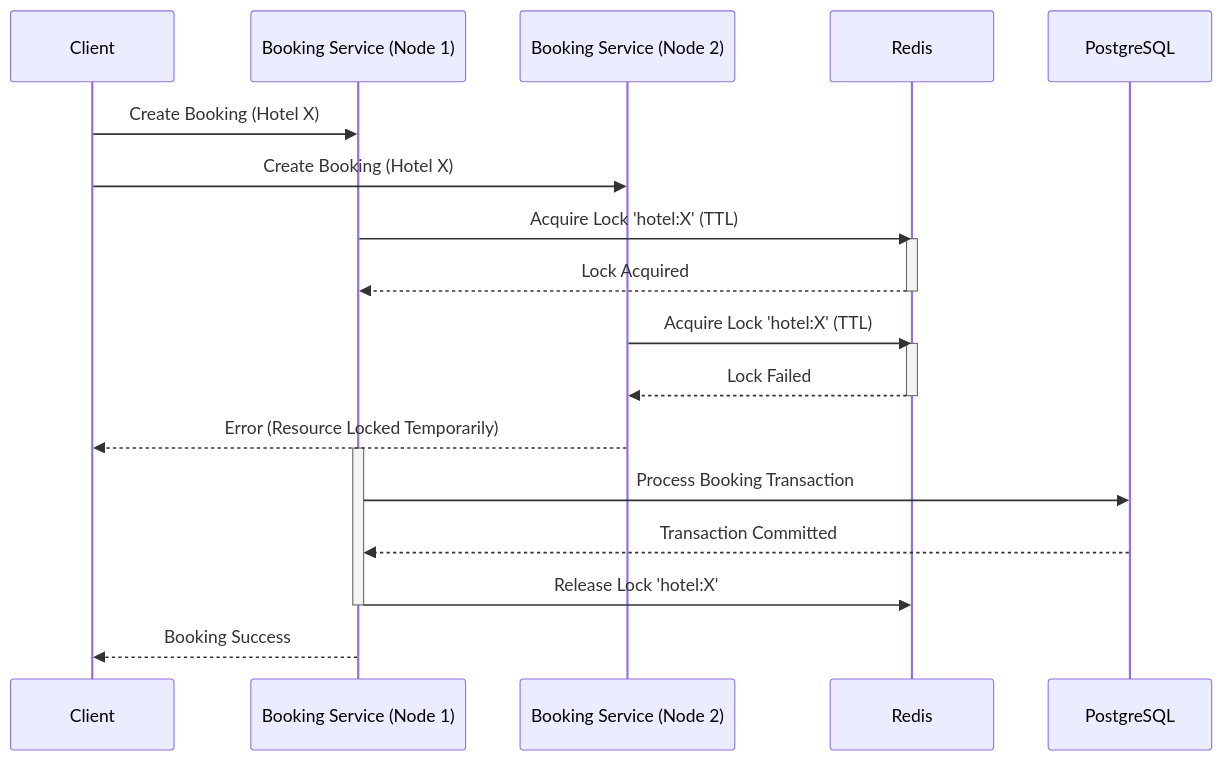
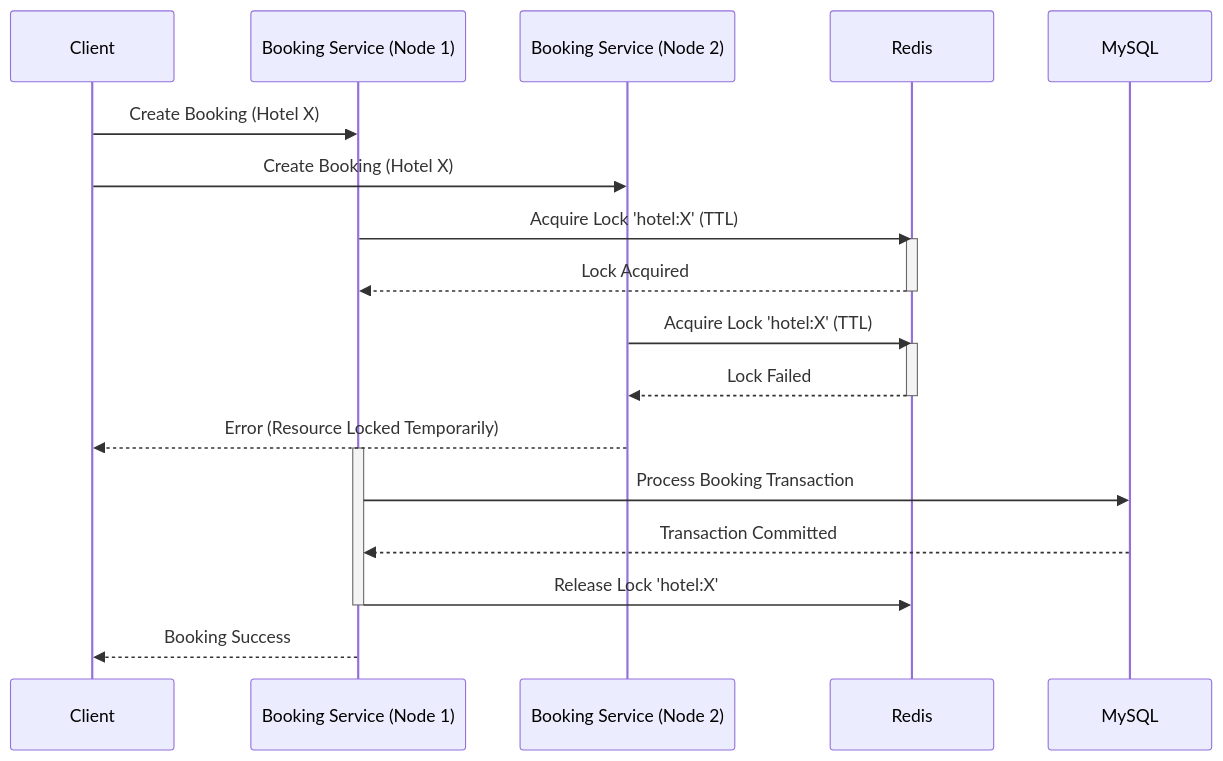
One commit to mustafamubashir03/booking-backend changed the first of 2 diagrams in README.md. Above: the diagram before and after it, drawn with Mermaid. The commit also changed other lines of this file, not shown here.

````diff
--- a/README.md
+++ b/README.md
@@ -33,30 +33,30 @@
 ```mermaid
 sequenceDiagram
     participant C as Client
     participant B1 as Booking Service (Node 1)
     participant B2 as Booking Service (Node 2)
     participant R as Redis
-    participant DB as PostgreSQL
+    participant DB as MySQL
 
     C->>B1: Create Booking (Hotel X)
     C->>B2: Create Booking (Hotel X)
     
     B1->>R: Acquire Lock 'hotel:X' (TTL)
     activate R
     R-->>B1: Lock Acquired
     deactivate R
     
     B2->>R: Acquire Lock 'hotel:X' (TTL)
     activate R
     R-->>B2: Lock Failed
     deactivate R
     
     B2-->>C: Error (Resource Locked Temporarily)
     
     activate B1
     B1->>DB: Process Booking Transaction
     DB-->>B1: Transaction Committed
     B1->>R: Release Lock 'hotel:X'
     deactivate B1
     B1-->>C: Booking Success
 ```
````
